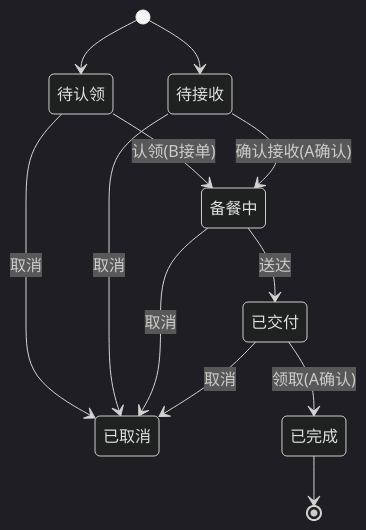
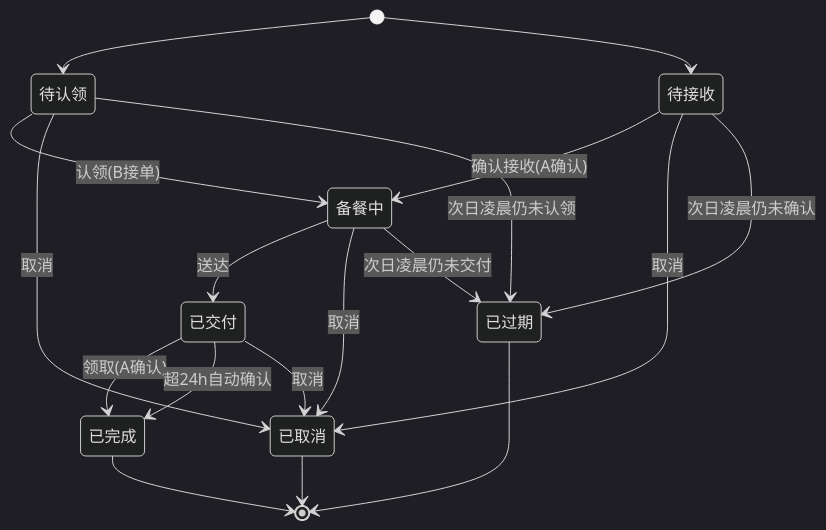
One commit to wzp123321/Couple-meal-Delivery-mini-program changed the diagram in docs/产品需求文档.md. Above: the diagram before and after it, drawn with Mermaid (dark theme). The commit also changed other lines of this file and 51 other files, not shown here.

````diff
--- a/docs/产品需求文档.md
+++ b/docs/产品需求文档.md
@@ -163,14 +209,20 @@
 ```mermaid
 stateDiagram-v2
     [*] --> 待认领
     [*] --> 待接收
     待认领 --> 备餐中 : 认领(B接单)
     待认领 --> 已取消 : 取消
+    待认领 --> 已过期 : 次日凌晨仍未认领
     待接收 --> 备餐中 : 确认接收(A确认)
     待接收 --> 已取消 : 取消
+    待接收 --> 已过期 : 次日凌晨仍未确认
     备餐中 --> 已交付 : 送达
     备餐中 --> 已取消 : 取消
+    备餐中 --> 已过期 : 次日凌晨仍未交付
     已交付 --> 已完成 : 领取(A确认)
+    已交付 --> 已完成 : 超24h自动确认
     已交付 --> 已取消 : 取消
     已完成 --> [*]
+    已取消 --> [*]
+    已过期 --> [*]
 ```
````
